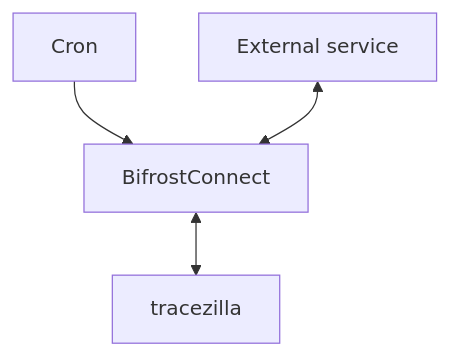
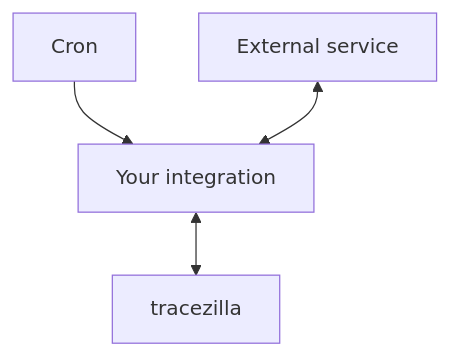
The diagram in deployment.md (Happy-Bananas/tracezilla-integrations-docs), drawn with Mermaid before and after one commit. The commit also changed other lines of this file and 8 other files, not shown here.

First line of the commit message:
Call the customer's project "your integration" (#20)

```diff
--- a/deployment.md
+++ b/deployment.md
@@ -21,11 +21,11 @@
 <pre class="mermaid">
 flowchart TB
     Cron[Cron]
     Service[External service]
-    Integration[BifrostConnect]
+    Integration[Your integration]
     Tracezilla[tracezilla]
 
     Cron --> Integration
     Service <--> Integration
     Integration <--> Tracezilla
 </pre>
```
